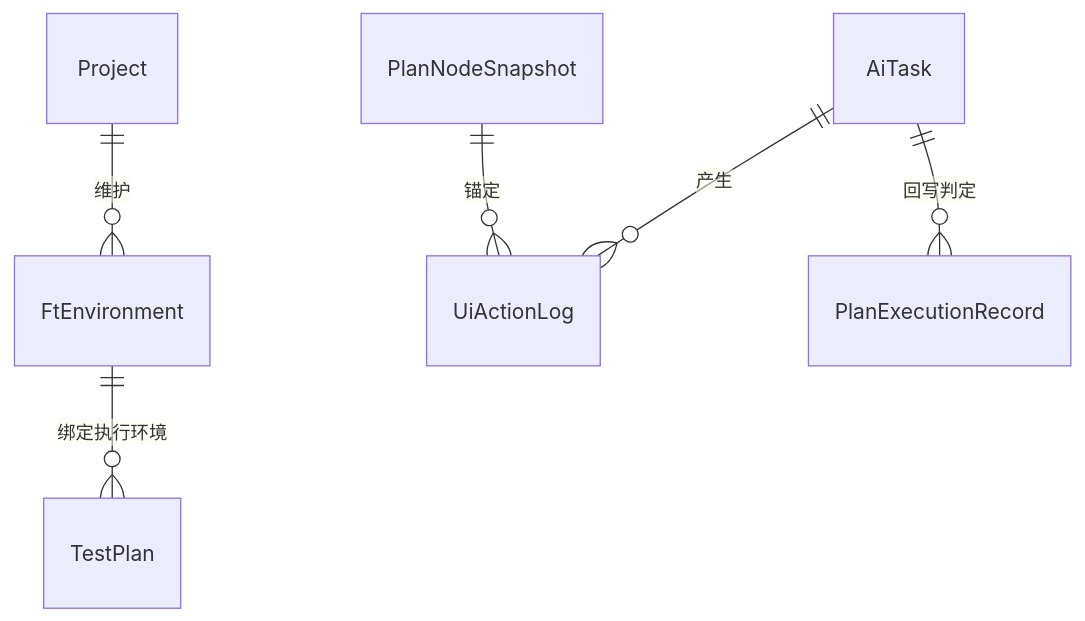
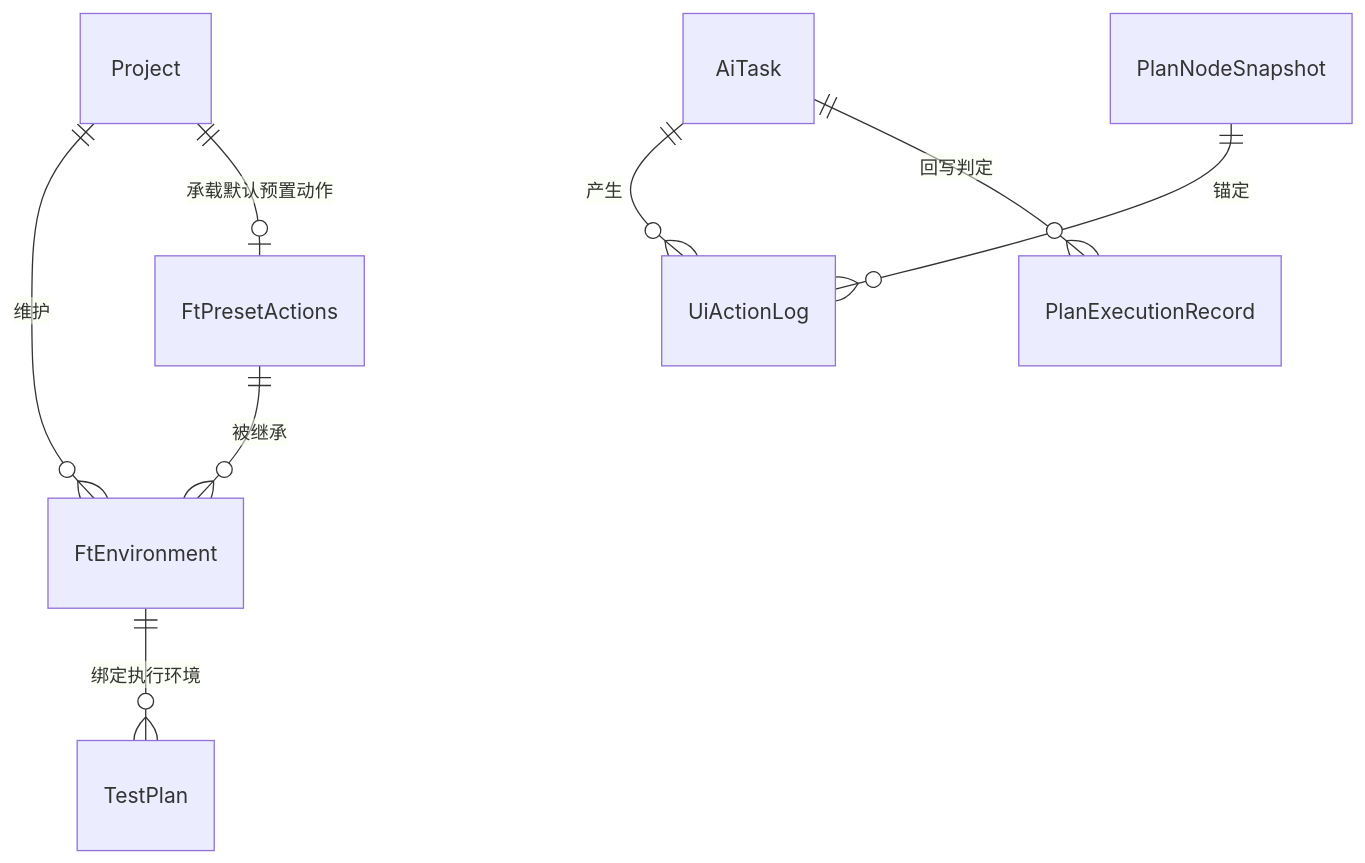
One commit to XiaoMiSum/robotest changed the second of 2 diagrams in docs/02-high-level-design/03-function-testing/03-hld-ai-ui-testing.md. Above: the diagram before and after it, drawn with Mermaid. The commit also changed other lines of this file, not shown here.

````diff
--- a/docs/02-high-level-design/03-function-testing/03-hld-ai-ui-testing.md
+++ b/docs/02-high-level-design/03-function-testing/03-hld-ai-ui-testing.md
@@ -235,8 +237,10 @@
 ```mermaid
 erDiagram
     Project ||--o{ FtEnvironment : 维护
+    Project ||--o| FtPresetActions : 承载默认预置动作
+    FtPresetActions ||--o{ FtEnvironment : 被继承
     FtEnvironment ||--o{ TestPlan : 绑定执行环境
     AiTask ||--o{ UiActionLog : 产生
     PlanNodeSnapshot ||--o{ UiActionLog : 锚定
     AiTask ||--o{ PlanExecutionRecord : 回写判定
 ```
````
